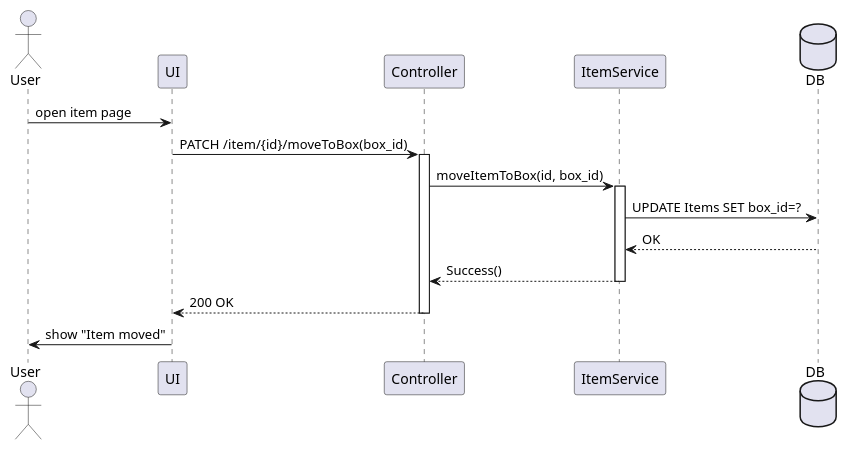
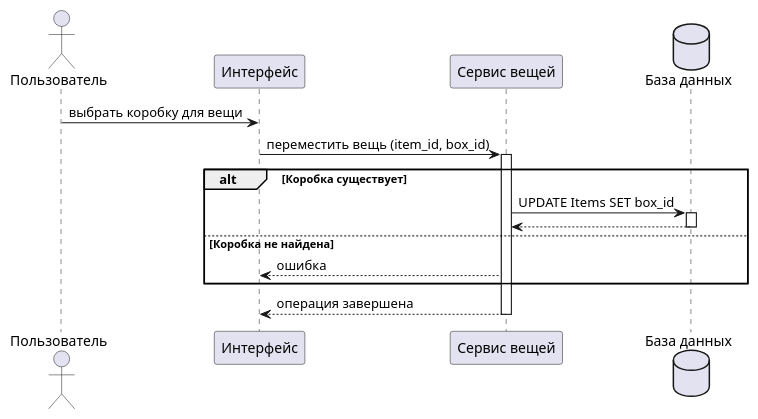
One commit to darkssss-web/moving-planner changed the diagram in docs/behavior/sequence/move_item_sequence.puml. Above: the diagram before and after it, drawn with PlantUML.

```diff
--- a/docs/behavior/sequence/move_item_sequence.puml
+++ b/docs/behavior/sequence/move_item_sequence.puml
@@ -1,27 +1,24 @@
-@startuml MoveItemSequence
+@startuml Перемещение_Вещи_В_Коробку
 
-actor User
-participant UI
-participant Controller
-participant ItemService
-database DB
+actor "Пользователь" as User
+participant "Интерфейс" as UI
+participant "Сервис вещей" as ItemService
+database "База данных" as DB
 
-User -> UI : open item page
-UI -> Controller : PATCH /item/{id}/moveToBox(box_id)
-activate Controller
-
-Controller -> ItemService : moveItemToBox(id, box_id)
+User -> UI : выбрать коробку для вещи
+UI -> ItemService : переместить вещь (item_id, box_id)
 activate ItemService
 
-ItemService -> DB : UPDATE Items SET box_id=?
-DB --> ItemService : OK
+alt Коробка существует
+  ItemService -> DB : UPDATE Items SET box_id
+  activate DB
+  DB --> ItemService
+  deactivate DB
+else Коробка не найдена
+  ItemService --> UI : ошибка
+end
 
-ItemService --> Controller : Success()
+ItemService --> UI : операция завершена
 deactivate ItemService
 
-Controller --> UI : 200 OK
-deactivate Controller
-
-UI -> User : show "Item moved"
-
 @enduml
```
